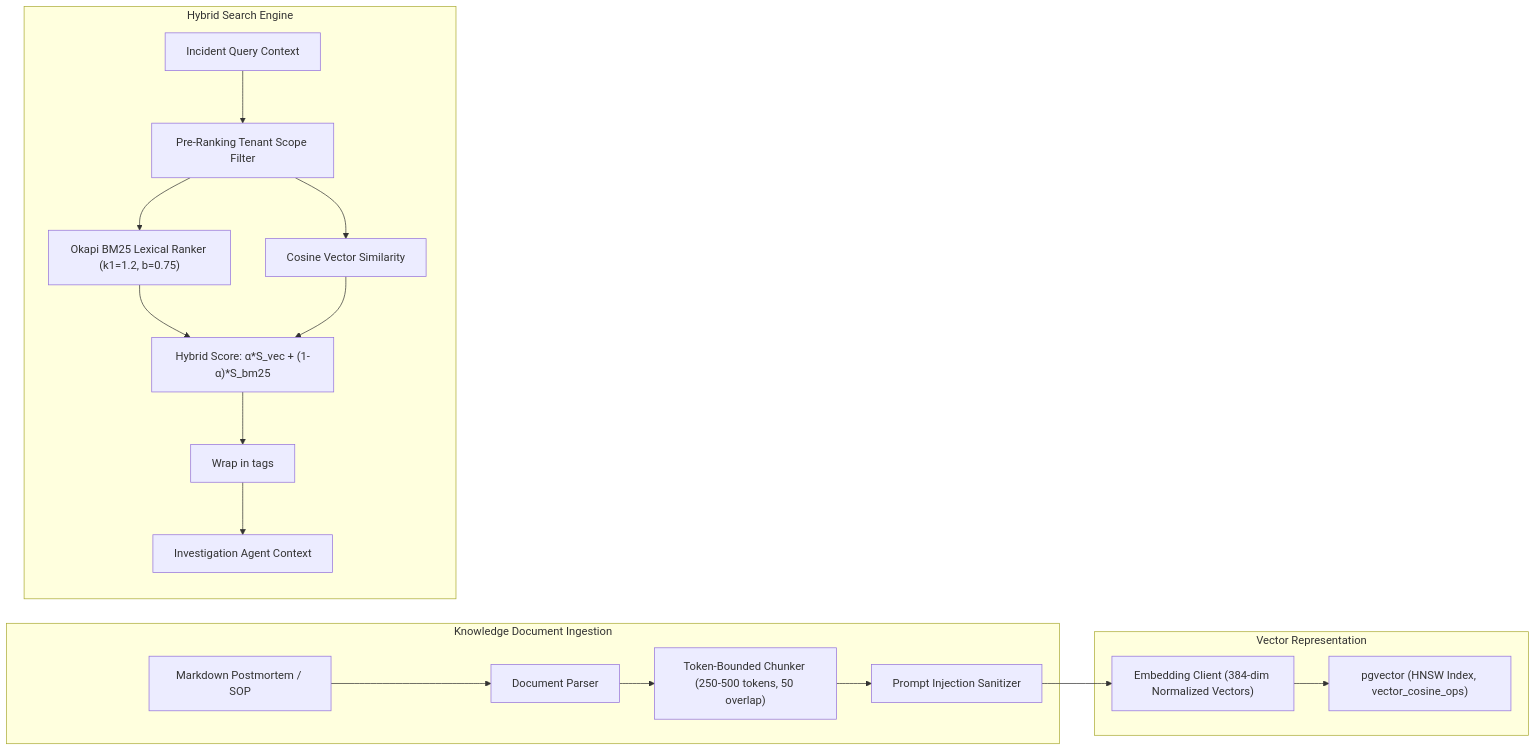
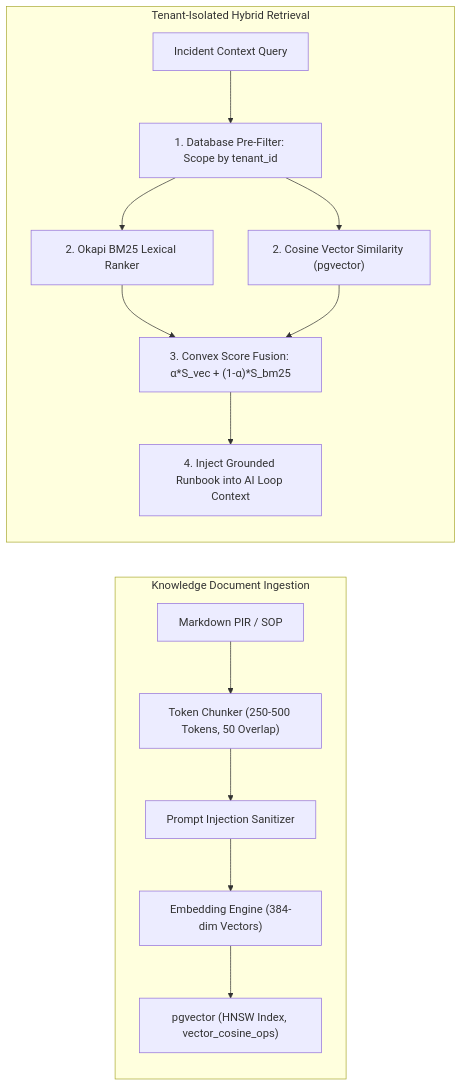
Before and after one commit to nvsaigokul-sudo/ResolveIQ: diagram 11 of 13 in README.md, drawn with Mermaid. The commit also changed other lines of this file and 26 other files, not shown here.

````diff
--- a/README.md
+++ b/README.md
@@ -301,22 +465,17 @@
 ```mermaid
 flowchart LR
-    subgraph Ingestion["Knowledge Document Ingestion"]
-        Doc["Markdown Postmortem / SOP"] --> Parser["Document Parser"]
-        Parser --> Chunker["Token-Bounded Chunker (250-500 tokens, 50 overlap)"]
-        Chunker --> Sanitizer["Prompt Injection Sanitizer"]
+    subgraph DocumentIngestion["Knowledge Document Ingestion"]
+        Doc["Markdown PIR / SOP"] --> Chunk["Token Chunker (250-500 Tokens, 50 Overlap)"]
+        Chunk --> Sanitize["Prompt Injection Sanitizer"]
+        Sanitize --> Embed["Embedding Engine (384-dim Vectors)"]
+        Embed --> PGVector["pgvector (HNSW Index, vector_cosine_ops)"]
     end
 
-    subgraph Embedding["Vector Representation"]
-        Sanitizer --> Vectorizer["Embedding Client (384-dim Normalized Vectors)"]
-        Vectorizer --> PGVector["pgvector (HNSW Index, vector_cosine_ops)"]
-    end
-
-    subgraph Retrieval["Hybrid Search Engine"]
-        Query["Incident Query Context"] --> PreFilter["Pre-Ranking Tenant Scope Filter"]
-        PreFilter --> BM25["Okapi BM25 Lexical Ranker (k1=1.2, b=0.75)"]
-        PreFilter --> Cosine["Cosine Vector Similarity"]
-        BM25 & Cosine --> Convex["Hybrid Score: α*S_vec + (1-α)*S_bm25"]
-        Convex --> InertBlock["Wrap in <rag_knowledge> tags"]
-        InertBlock --> AgentContext["Investigation Agent Context"]
+    subgraph QueryPipeline["Tenant-Isolated Hybrid Retrieval"]
+        Query["Incident Context Query"] --> TenantFilter["1. Database Pre-Filter: Scope by tenant_id"]
+        TenantFilter --> BM25["2. Okapi BM25 Lexical Ranker"]
+        TenantFilter --> Cosine["2. Cosine Vector Similarity (pgvector)"]
+        BM25 & Cosine --> ConvexScore["3. Convex Score Fusion: α*S_vec + (1-α)*S_bm25"]
+        ConvexScore --> ContextInjection["4. Inject Grounded Runbook into AI Loop Context"]
     end
 ```
````
